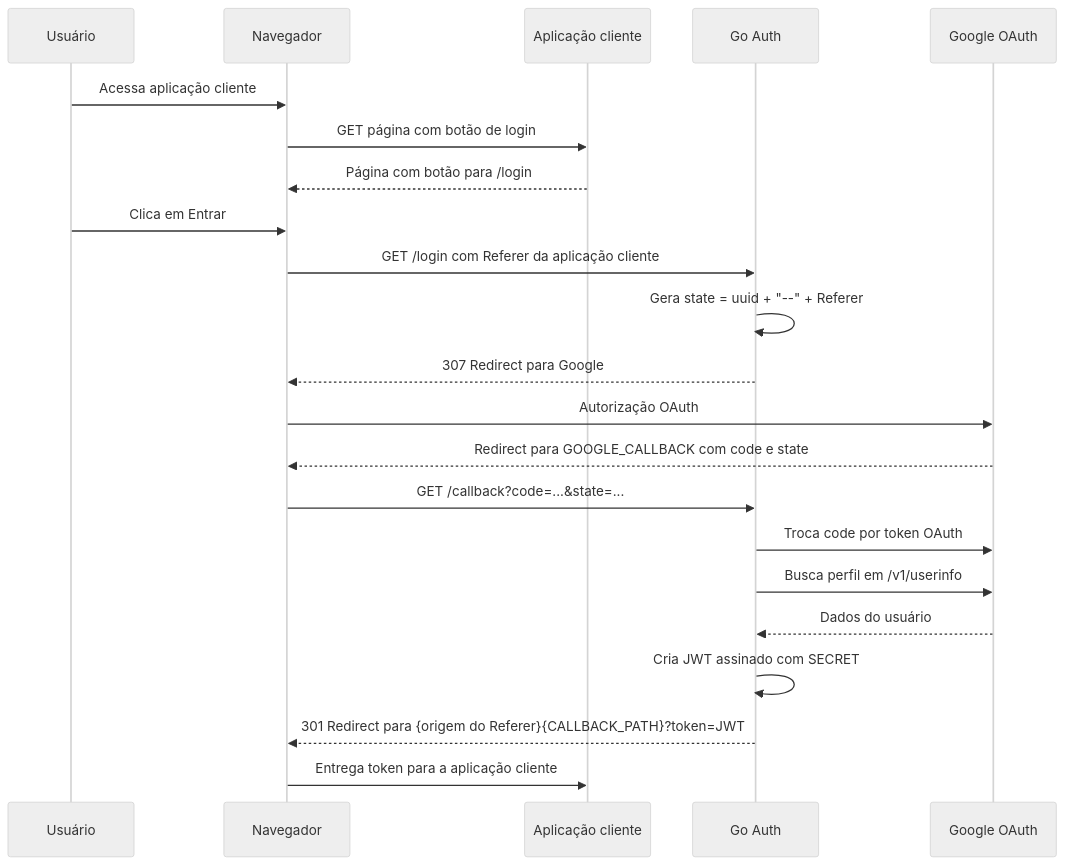
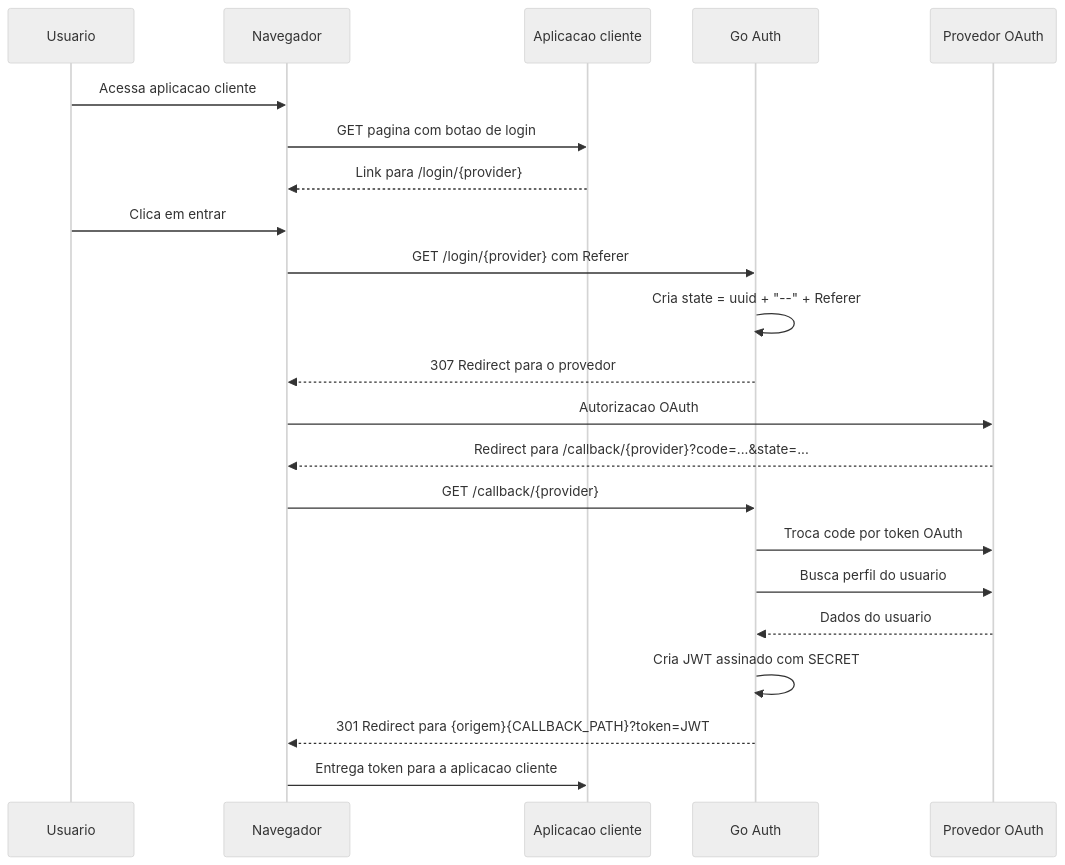
Before and after one commit to EduardoNGomes/go-auth: the first of 2 diagrams in README.md, drawn with Mermaid (neutral theme). The commit also changed other lines of this file, not shown here.

Commit message:
feat: support multiple OAuth providers and improve README

````diff
--- a/README.md
+++ b/README.md
@@ -113,25 +215,25 @@
 ```mermaid
 sequenceDiagram
-    participant U as Usuário
+    participant U as Usuario
     participant B as Navegador
-    participant C as Aplicação cliente
+    participant C as Aplicacao cliente
     participant A as Go Auth
-    participant G as Google OAuth
+    participant P as Provedor OAuth
 
-    U->>B: Acessa aplicação cliente
-    B->>C: GET página com botão de login
-    C-->>B: Página com botão para /login
-    U->>B: Clica em Entrar
-    B->>A: GET /login com Referer da aplicação cliente
-    A->>A: Gera state = uuid + "--" + Referer
-    A-->>B: 307 Redirect para Google
-    B->>G: Autorização OAuth
-    G-->>B: Redirect para GOOGLE_CALLBACK com code e state
-    B->>A: GET /callback?code=...&state=...
-    A->>G: Troca code por token OAuth
-    A->>G: Busca perfil em /v1/userinfo
-    G-->>A: Dados do usuário
+    U->>B: Acessa aplicacao cliente
+    B->>C: GET pagina com botao de login
+    C-->>B: Link para /login/{provider}
+    U->>B: Clica em entrar
+    B->>A: GET /login/{provider} com Referer
+    A->>A: Cria state = uuid + "--" + Referer
+    A-->>B: 307 Redirect para o provedor
+    B->>P: Autorizacao OAuth
+    P-->>B: Redirect para /callback/{provider}?code=...&state=...
+    B->>A: GET /callback/{provider}
+    A->>P: Troca code por token OAuth
+    A->>P: Busca perfil do usuario
+    P-->>A: Dados do usuario
     A->>A: Cria JWT assinado com SECRET
-    A-->>B: 301 Redirect para {origem do Referer}{CALLBACK_PATH}?token=JWT
-    B->>C: Entrega token para a aplicação cliente
+    A-->>B: 301 Redirect para {origem}{CALLBACK_PATH}?token=JWT
+    B->>C: Entrega token para a aplicacao cliente
 ```
````
